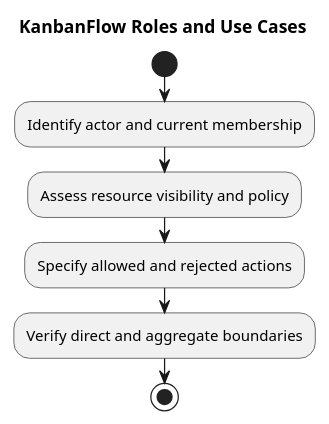
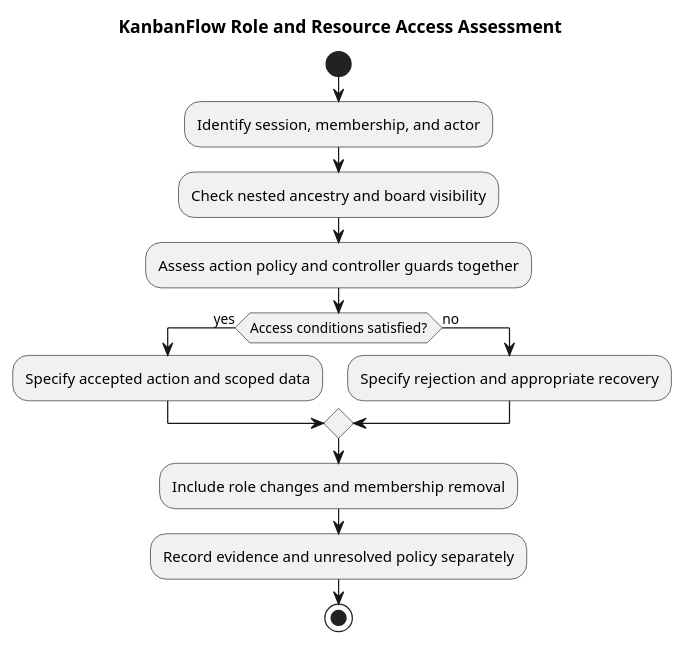
The diagram in docs/SDLC/02-requirements/roles-and-use-cases.md (Farhad-Valizadegan/Web-KanbanFlow), drawn with PlantUML before and after one commit. The commit also changed other lines of this file and 2 other files, not shown here.

Commit message:
docs: complete roles use cases and authorization boundaries

````diff
--- a/docs/SDLC/02-requirements/roles-and-use-cases.md
+++ b/docs/SDLC/02-requirements/roles-and-use-cases.md
@@ -52,11 +141,17 @@
 ```plantuml
 @startuml
-title KanbanFlow Roles and Use Cases
+title KanbanFlow Role and Resource Access Assessment
 start
-:Identify actor and current membership;
-:Assess resource visibility and policy;
-:Specify allowed and rejected actions;
-:Verify direct and aggregate boundaries;
+:Identify session, membership, and actor;
+:Check nested ancestry and board visibility;
+:Assess action policy and controller guards together;
+if (Access conditions satisfied?) then (yes)
+ :Specify accepted action and scoped data;
+else (no)
+ :Specify rejection and appropriate recovery;
+endif
+:Include role changes and membership removal;
+:Record evidence and unresolved policy separately;
 stop
 @enduml
 ```
````
